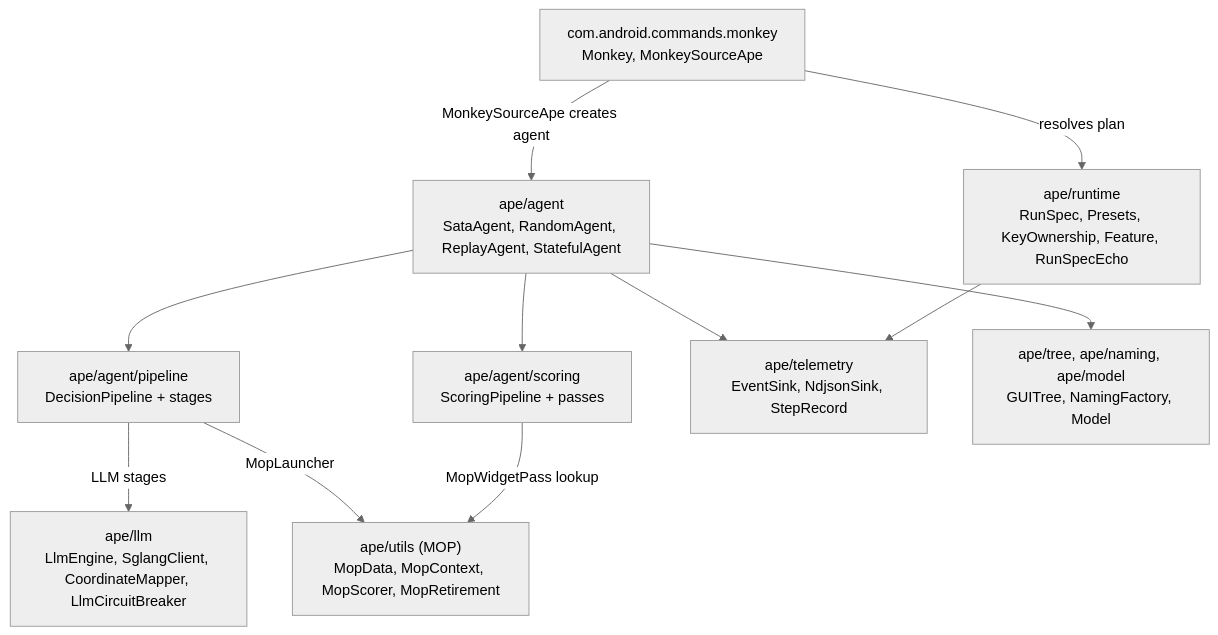
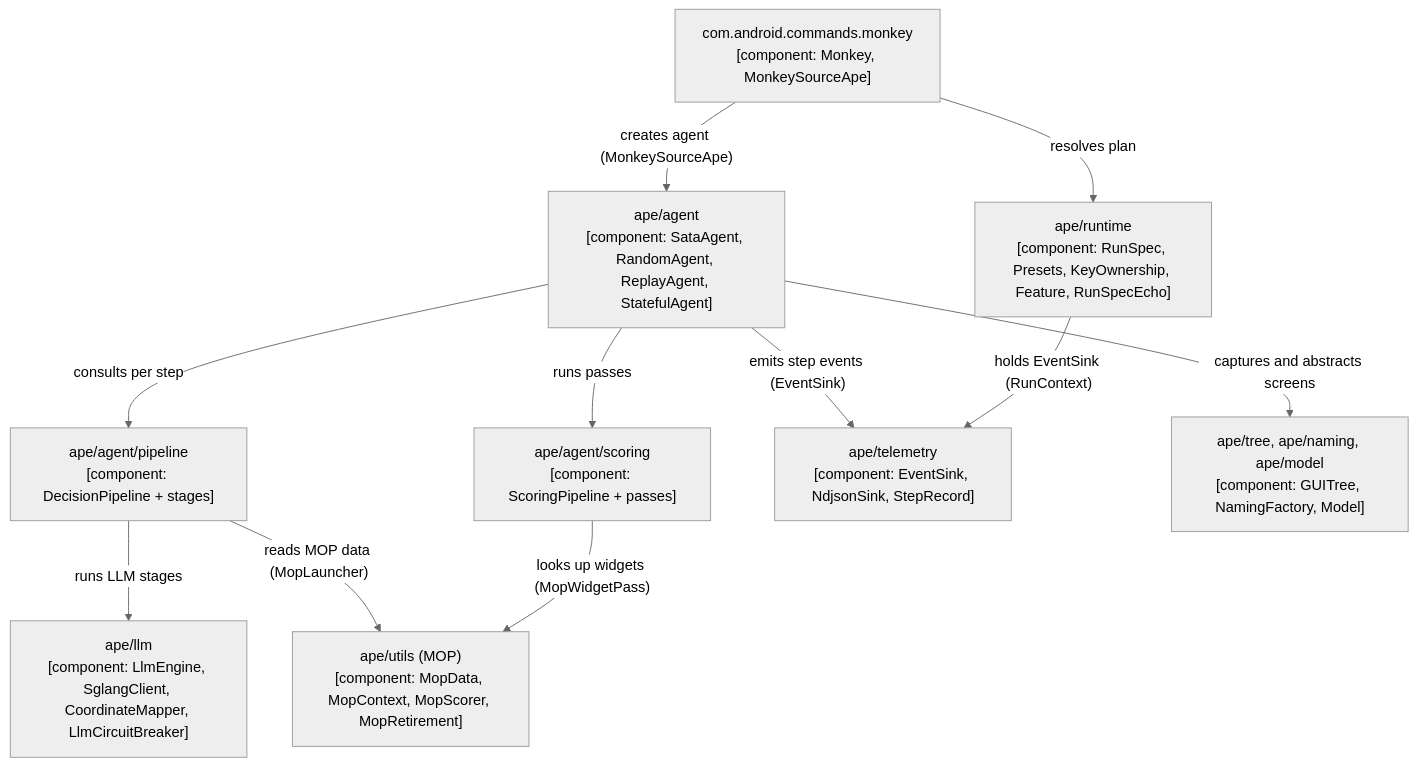
One commit to PAMunb/rvsec changed the third of 6 diagrams in rv-android/docs/architecture/ape-rv.md. Above: the diagram before and after it, drawn with Mermaid. The commit also changed other lines of this file and 7 other files, not shown here.

````diff
--- a/rv-android/docs/architecture/ape-rv.md
+++ b/rv-android/docs/architecture/ape-rv.md
@@ -707,24 +730,26 @@
 ```mermaid
 %%{init: {'theme': 'neutral'}}%%
 flowchart TB
-    monkey["com.android.commands.monkey<br/>Monkey, MonkeySourceApe"]
-    runtime["ape/runtime<br/>RunSpec, Presets, KeyOwnership, Feature, RunSpecEcho"]
-    agent["ape/agent<br/>SataAgent, RandomAgent, ReplayAgent, StatefulAgent"]
-    pipeline["ape/agent/pipeline<br/>DecisionPipeline + stages"]
-    scoring["ape/agent/scoring<br/>ScoringPipeline + passes"]
-    mop["ape/utils (MOP)<br/>MopData, MopContext, MopScorer, MopRetirement"]
-    llm["ape/llm<br/>LlmEngine, SglangClient, CoordinateMapper, LlmCircuitBreaker"]
-    telemetry["ape/telemetry<br/>EventSink, NdjsonSink, StepRecord"]
-    abstraction["ape/tree, ape/naming, ape/model<br/>GUITree, NamingFactory, Model"]
+    %% Source: ../../ape/src/main/java/com/android/commands/monkey/
+    %% Omitted: ape/events and the guard/filter classes at the ape package root (internal detail of event injection and action filtering)
+    monkey["com.android.commands.monkey<br/>[component: Monkey, MonkeySourceApe]"]
+    runtime["ape/runtime<br/>[component: RunSpec, Presets, KeyOwnership, Feature, RunSpecEcho]"]
+    agent["ape/agent<br/>[component: SataAgent, RandomAgent, ReplayAgent, StatefulAgent]"]
+    pipeline["ape/agent/pipeline<br/>[component: DecisionPipeline + stages]"]
+    scoring["ape/agent/scoring<br/>[component: ScoringPipeline + passes]"]
+    mop["ape/utils (MOP)<br/>[component: MopData, MopContext, MopScorer, MopRetirement]"]
+    llm["ape/llm<br/>[component: LlmEngine, SglangClient, CoordinateMapper, LlmCircuitBreaker]"]
+    telemetry["ape/telemetry<br/>[component: EventSink, NdjsonSink, StepRecord]"]
+    abstraction["ape/tree, ape/naming, ape/model<br/>[component: GUITree, NamingFactory, Model]"]
 
     monkey -->|"resolves plan"| runtime
-    monkey -->|"MonkeySourceApe creates agent"| agent
-    agent --> pipeline
-    agent --> scoring
-    agent --> abstraction
-    pipeline -->|"LLM stages"| llm
-    pipeline -->|"MopLauncher"| mop
-    scoring -->|"MopWidgetPass lookup"| mop
-    agent --> telemetry
-    runtime --> telemetry
+    monkey -->|"creates agent (MonkeySourceApe)"| agent
+    agent -->|"consults per step"| pipeline
+    agent -->|"runs passes"| scoring
+    agent -->|"captures and abstracts screens"| abstraction
+    pipeline -->|"runs LLM stages"| llm
+    pipeline -->|"reads MOP data (MopLauncher)"| mop
+    scoring -->|"looks up widgets (MopWidgetPass)"| mop
+    agent -->|"emits step events (EventSink)"| telemetry
+    runtime -->|"holds EventSink (RunContext)"| telemetry
 ```
````
